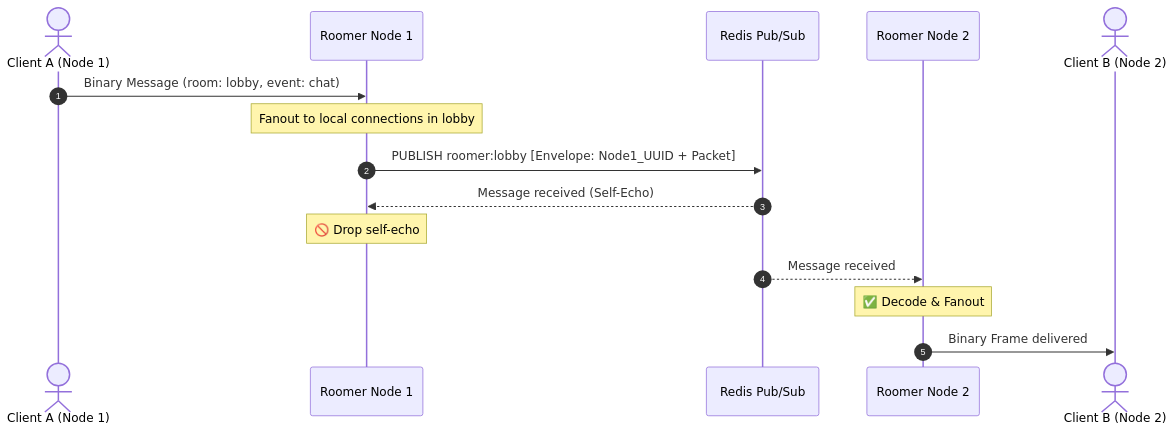
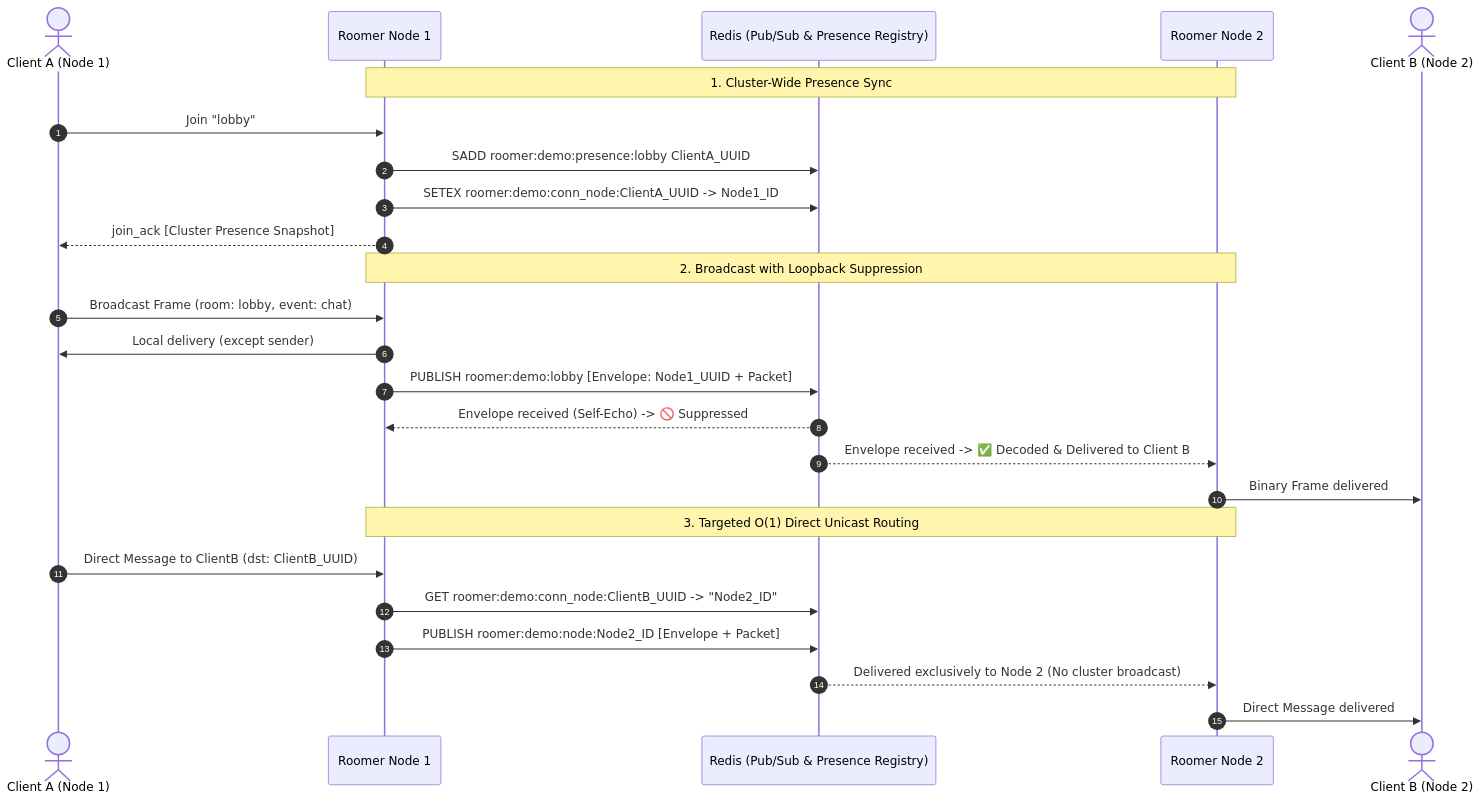
The diagram in README.md (joncody/roomer), drawn with Mermaid before and after one commit. The commit also changed other lines of this file and 1 other file, not shown here.

````diff
--- a/README.md
+++ b/README.md
@@ -48,18 +73,30 @@
 ```mermaid
 sequenceDiagram
     autonumber
     actor ClientA as Client A (Node 1)
     participant Node1 as Roomer Node 1
-    participant Redis as Redis Pub/Sub
+    participant Redis as Redis (Pub/Sub & Presence Registry)
     participant Node2 as Roomer Node 2
     actor ClientB as Client B (Node 2)
 
-    ClientA->>Node1: Binary Message (room: lobby, event: chat)
-    Note over Node1: Fanout to local connections in lobby
-    Node1->>Redis: PUBLISH roomer:lobby [Envelope: Node1_UUID + Packet]
-    Redis-->>Node1: Message received (Self-Echo)
-    Note over Node1: 🚫 Drop self-echo
-    Redis-->>Node2: Message received
-    Note over Node2: ✅ Decode & Fanout
+    Note over Node1,Node2: 1. Cluster-Wide Presence Sync
+    ClientA->>Node1: Join "lobby"
+    Node1->>Redis: SADD roomer:demo:presence:lobby ClientA_UUID
+    Node1->>Redis: SETEX roomer:demo:conn_node:ClientA_UUID -> Node1_ID
+    Node1-->>ClientA: join_ack [Cluster Presence Snapshot]
+
+    Note over Node1,Node2: 2. Broadcast with Loopback Suppression
+    ClientA->>Node1: Broadcast Frame (room: lobby, event: chat)
+    Node1->>ClientA: Local delivery (except sender)
+    Node1->>Redis: PUBLISH roomer:demo:lobby [Envelope: Node1_UUID + Packet]
+    Redis-->>Node1: Envelope received (Self-Echo) -> 🚫 Suppressed
+    Redis-->>Node2: Envelope received -> ✅ Decoded & Delivered to Client B
     Node2->>ClientB: Binary Frame delivered
+
+    Note over Node1,Node2: 3. Targeted O(1) Direct Unicast Routing
+    ClientA->>Node1: Direct Message to ClientB (dst: ClientB_UUID)
+    Node1->>Redis: GET roomer:demo:conn_node:ClientB_UUID -> "Node2_ID"
+    Node1->>Redis: PUBLISH roomer:demo:node:Node2_ID [Envelope + Packet]
+    Redis-->>Node2: Delivered exclusively to Node 2 (No cluster broadcast)
+    Node2->>ClientB: Direct Message delivered
 ```
````
